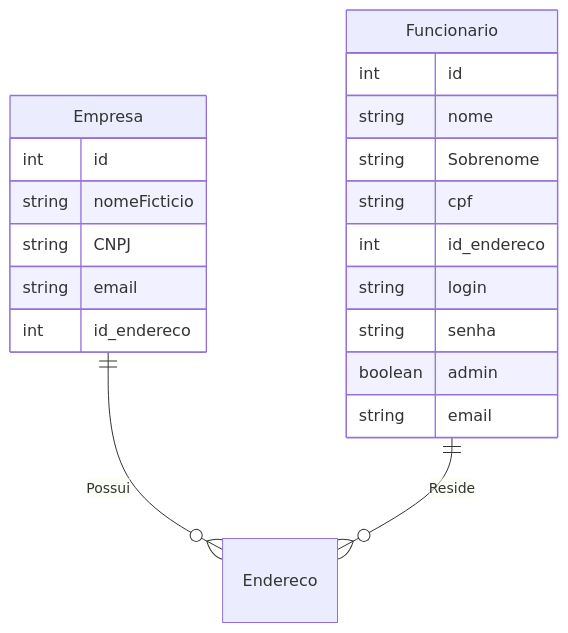
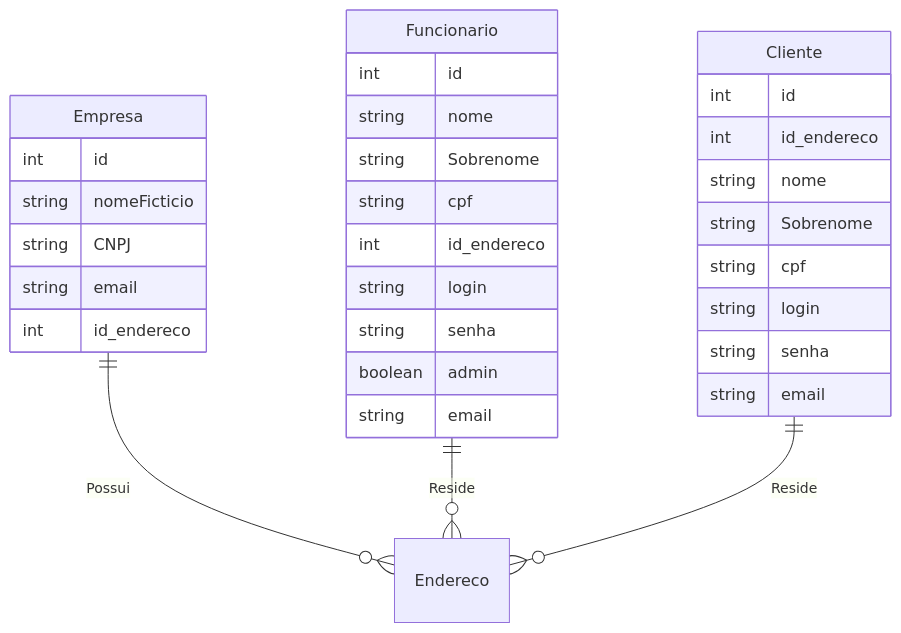
Before and after one commit to raunerlucas/Projeto-Sistema-LavaJato: the diagram in README.md, drawn with Mermaid.

````diff
--- a/README.md
+++ b/README.md
@@ -5,23 +5,34 @@
 ```mermaid
 erDiagram
   Empresa ||--o{ Endereco : Possui
   Empresa {
       int id
       string nomeFicticio
       string CNPJ
       string email
       int id_endereco
   }
   Funcionario ||--o{ Endereco : Reside
   Funcionario {
       int id
       string nome
       string Sobrenome
       string cpf
       int id_endereco
       string login
       string senha
       boolean admin
       string email
   }
+  Cliente ||--o{ Endereco : Reside
+  Cliente {
+      int id
+      int id_endereco
+      string nome
+      string Sobrenome
+      string cpf
+      string login
+      string senha
+      string email
+  }
 ```
````
